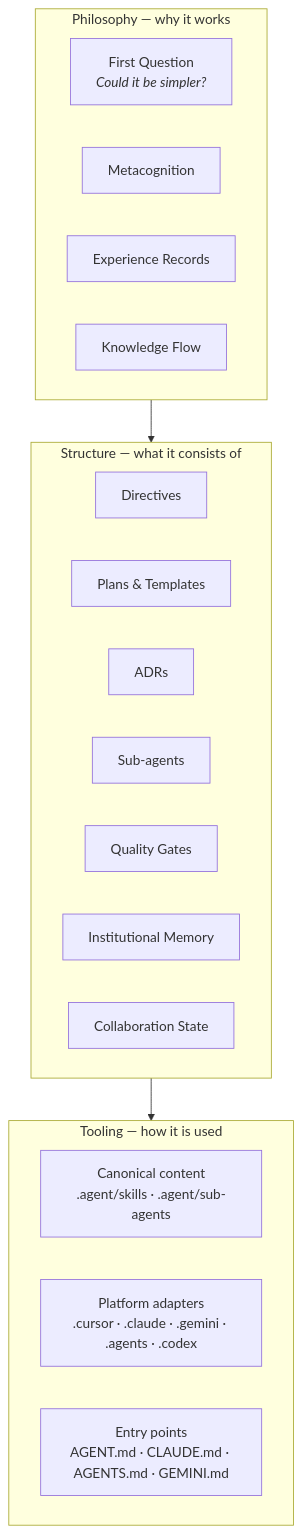
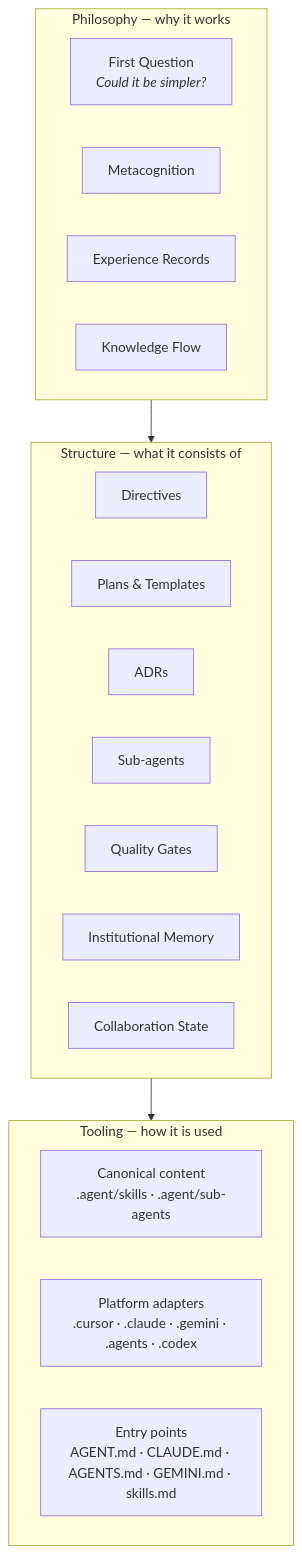
The first of 3 diagrams in .agent/practice-core/practice.md (EngraphCode/oak-open-curriculum-ecosystem), drawn with Mermaid before and after one commit.

Commit message:
docs(practice): true the practice.md entry-point node with skills.md
Owner ruling: all entry points are host-specific — that is how agents are
funnelled into the portable shared infrastructure regardless of vendor — so
the portable practice map's ENTRY node carries the full current set, now
including skills.md.

````diff
--- a/.agent/practice-core/practice.md
+++ b/.agent/practice-core/practice.md
@@ -36,27 +36,27 @@
 ```mermaid
 graph TB
     subgraph Philosophy ["Philosophy — why it works"]
         FQ["First Question<br/><i>Could it be simpler?</i>"]
         MC[Metacognition]
         EX[Experience Records]
         KF[Knowledge Flow]
     end
 
     subgraph Structure ["Structure — what it consists of"]
         DIR[Directives]
         PLANS[Plans & Templates]
         ADR[ADRs]
         SA[Sub-agents]
         QG[Quality Gates]
         MEM[Institutional Memory]
         STATE[Collaboration State]
     end
 
     subgraph Tooling ["Tooling — how it is used"]
         CANON["Canonical content<br/>.agent/skills · .agent/sub-agents"]
         ADAPT["Platform adapters<br/>.cursor · .claude · .gemini · .agents · .codex"]
-        ENTRY["Entry points<br/>AGENT.md · CLAUDE.md · AGENTS.md · GEMINI.md"]
+        ENTRY["Entry points<br/>AGENT.md · CLAUDE.md · AGENTS.md · GEMINI.md · skills.md"]
     end
 
     Philosophy --> Structure --> Tooling
 ```
````
